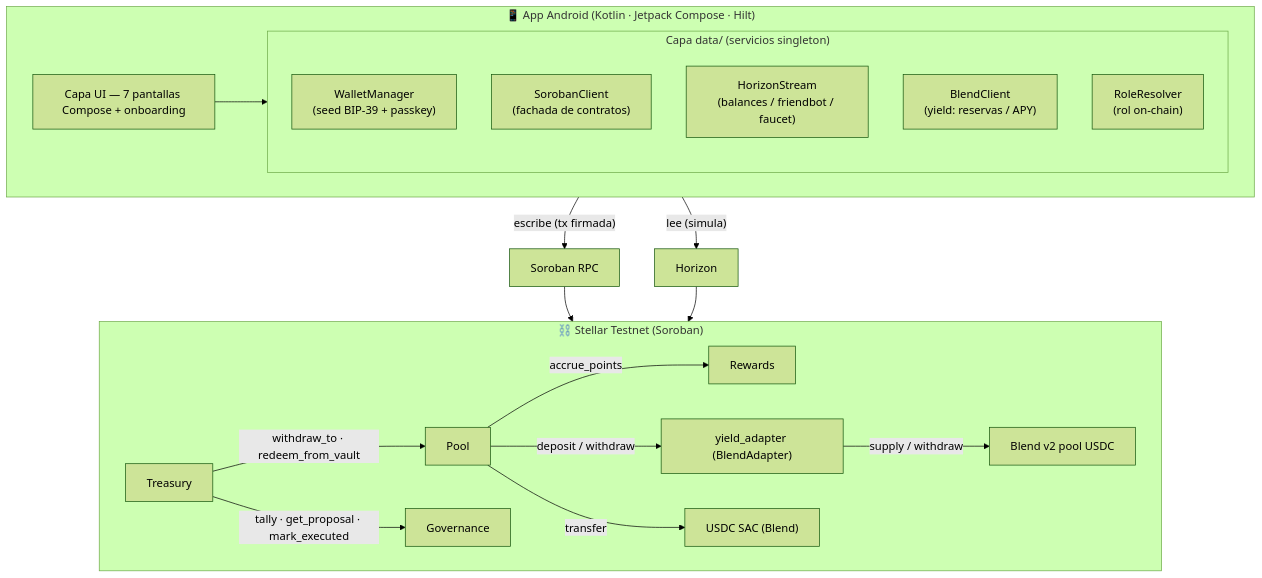
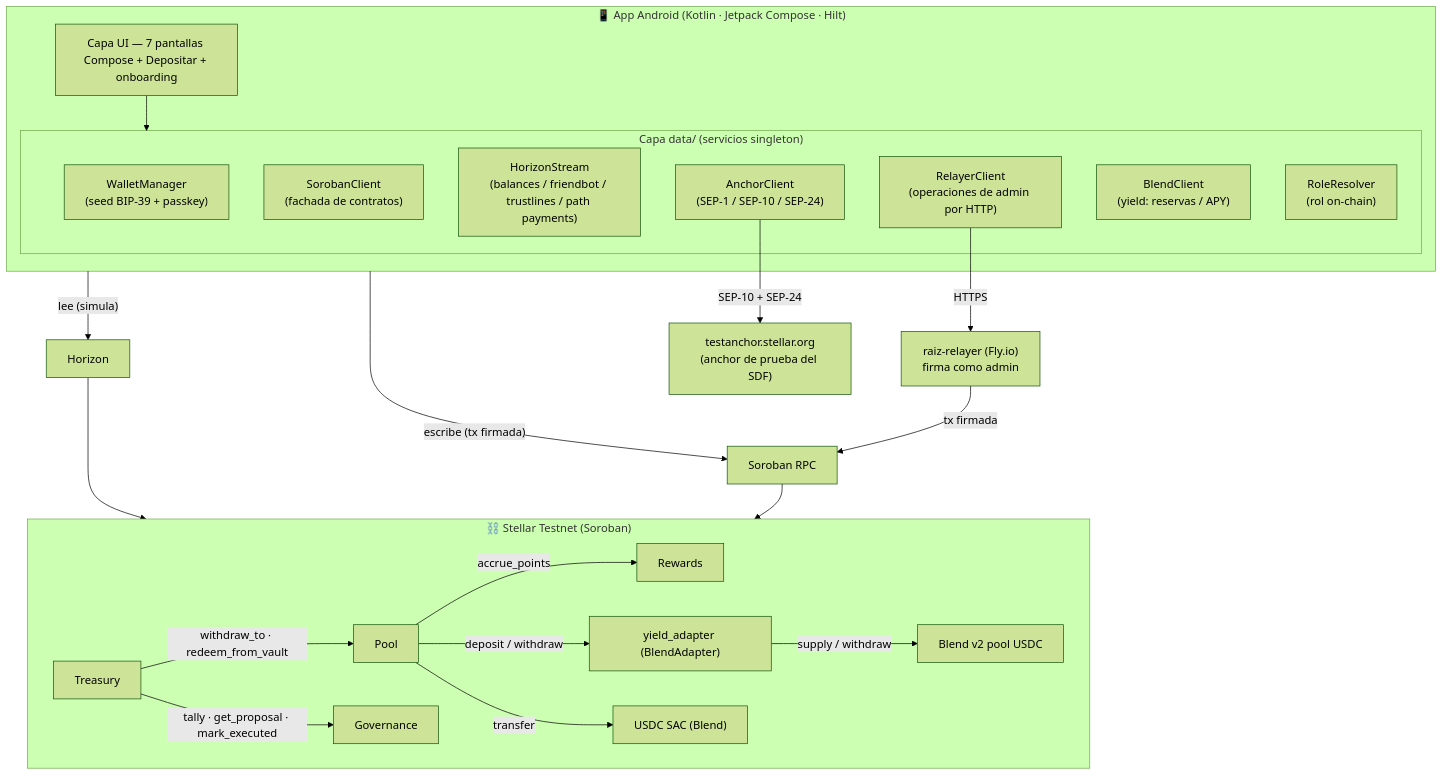
One commit to JuanWimmin/Protocolo_Raiz changed the diagram in README.md. Above: the diagram before and after it, drawn with Mermaid (forest theme). The commit also changed other lines of this file and 4 other files, not shown here.

````diff
--- a/README.md
+++ b/README.md
@@ -36,36 +36,41 @@
 ```mermaid
 graph TD
     subgraph APP["📱 App Android (Kotlin · Jetpack Compose · Hilt)"]
-        UI["Capa UI — 7 pantallas Compose + onboarding"]
+        UI["Capa UI — 7 pantallas Compose + Depositar + onboarding"]
         subgraph DATA["Capa data/ (servicios singleton)"]
             WM["WalletManager<br/>(seed BIP-39 + passkey)"]
             SC["SorobanClient<br/>(fachada de contratos)"]
-            HS["HorizonStream<br/>(balances / friendbot / faucet)"]
+            HS["HorizonStream<br/>(balances / friendbot / trustlines / path payments)"]
+            RC["RelayerClient<br/>(operaciones de admin por HTTP)"]
+            AC["AnchorClient<br/>(SEP-1 / SEP-10 / SEP-24)"]
             BC["BlendClient<br/>(yield: reservas / APY)"]
             RR["RoleResolver<br/>(rol on-chain)"]
         end
         UI --> DATA
     end
 
     APP -->|"escribe (tx firmada)"| RPC["Soroban RPC"]
     APP -->|"lee (simula)"| HOR["Horizon"]
+    RC -->|"HTTPS"| REL["raiz-relayer (Fly.io)<br/>firma como admin"]
+    REL -->|"tx firmada"| RPC
+    AC -->|"SEP-10 + SEP-24"| ANCH["testanchor.stellar.org<br/>(anchor de prueba del SDF)"]
     RPC --> LEDGER
     HOR --> LEDGER
 
     subgraph LEDGER["⛓️ Stellar Testnet (Soroban)"]
         POOL["Pool"]
         GOV["Governance"]
         TRE["Treasury"]
         REW["Rewards"]
         USDC["USDC SAC (Blend)"]
         ADAPTER["yield_adapter (BlendAdapter)"]
         BLEND["Blend v2 pool USDC"]
 
         POOL -->|"accrue_points"| REW
         POOL -->|"deposit / withdraw"| ADAPTER
         ADAPTER -->|"supply / withdraw"| BLEND
         TRE -->|"tally · get_proposal · mark_executed"| GOV
         TRE -->|"withdraw_to · redeem_from_vault"| POOL
         POOL -->|"transfer"| USDC
     end
 ```
````
